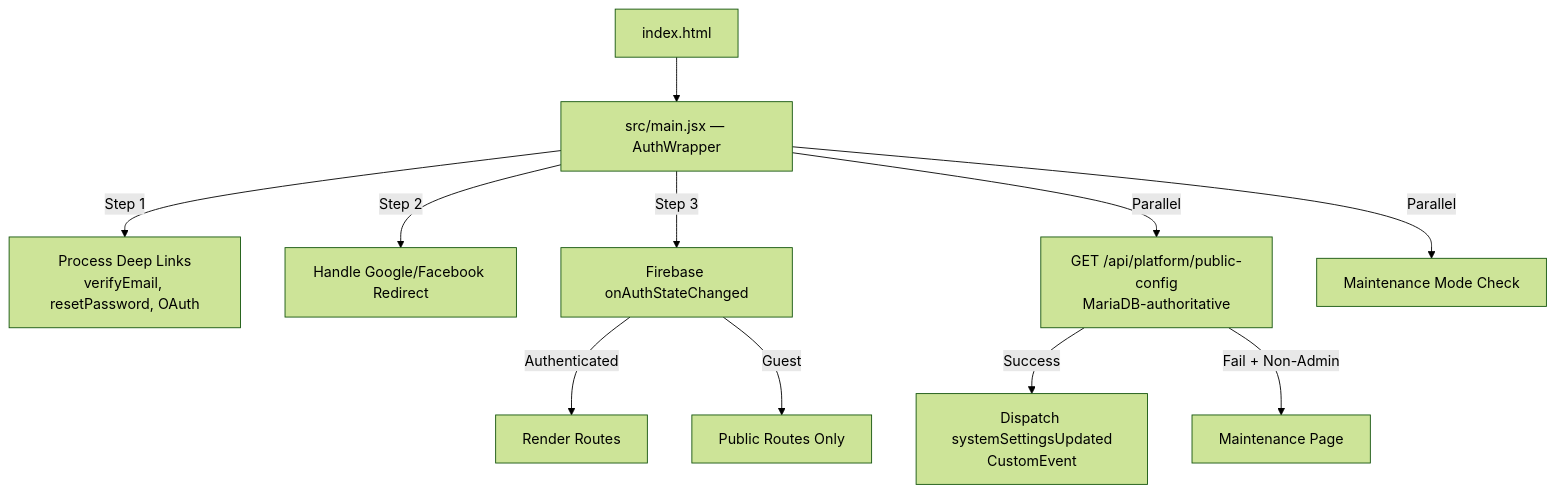
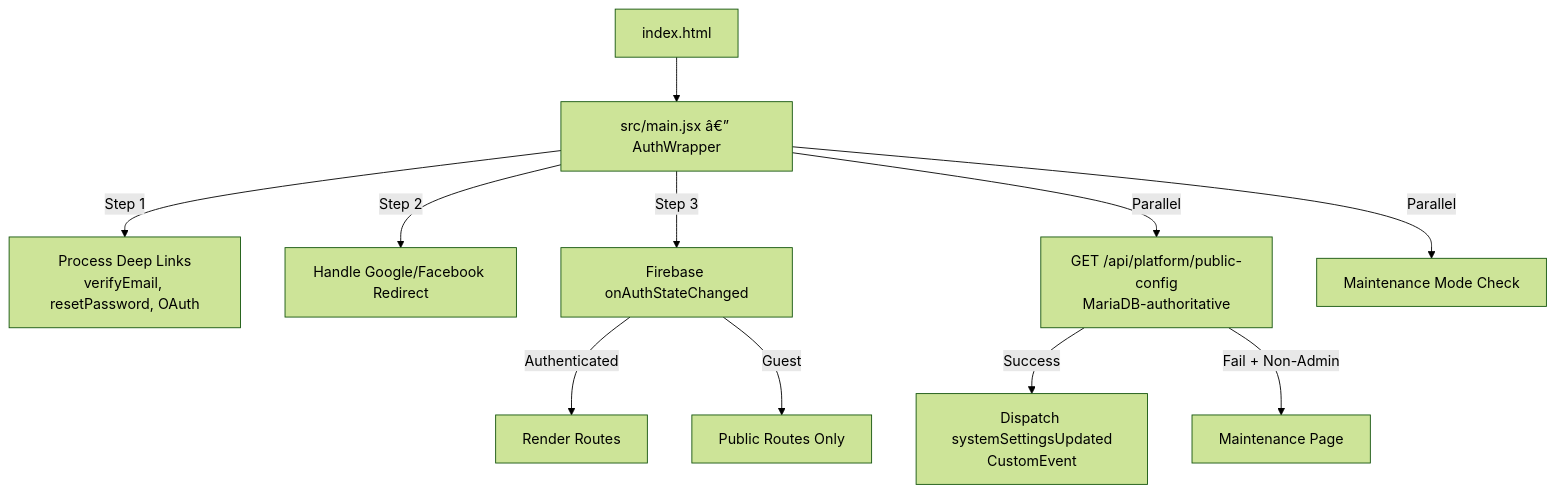
One commit to bhaskarbeyond-creator/ResumePilotAi changed the third of 18 diagrams in architecture-flowchart.md. Above: the diagram before and after it, drawn with Mermaid (forest theme). The commit also changed other lines of this file and 1 other file, not shown here.

````diff
--- a/architecture-flowchart.md
+++ b/architecture-flowchart.md
@@ -362,14 +362,14 @@
 ```mermaid
 graph TD
-    ROOT[index.html] --> MAIN[src/main.jsx — AuthWrapper]
+    ROOT[index.html] --> MAIN[src/main.jsx â€” AuthWrapper]
     MAIN --> |Step 1| DEEP_LINK[Process Deep Links<br/>verifyEmail, resetPassword, OAuth]
     MAIN --> |Step 2| OAUTH_REDIRECT[Handle Google/Facebook Redirect]
     MAIN --> |Step 3| AUTH_SUB[Firebase onAuthStateChanged]
     MAIN --> |Parallel| PUB_CFG[GET /api/platform/public-config<br/>MariaDB-authoritative]
     MAIN --> |Parallel| MAINT_CHECK[Maintenance Mode Check]
 
     AUTH_SUB --> |Authenticated| APP_SHELL[Render Routes]
     AUTH_SUB --> |Guest| GUEST_ROUTES[Public Routes Only]
     PUB_CFG --> |Success| DISPATCH[Dispatch systemSettingsUpdated<br/>CustomEvent]
     PUB_CFG --> |Fail + Non-Admin| MAINT_PAGE[Maintenance Page]
 ```
````
